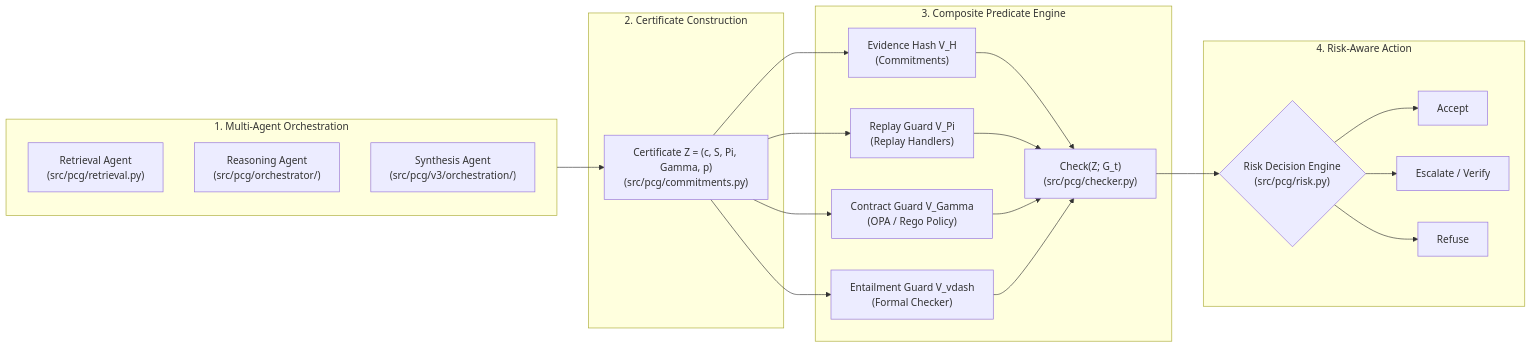
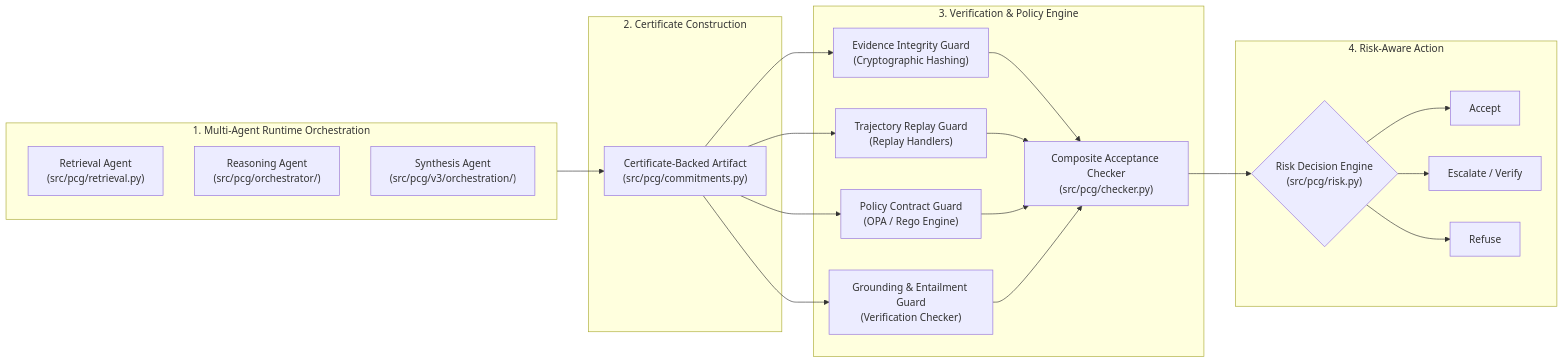
The diagram in README.md (supratik-sarkar/proof-carrying-multi-agents), drawn with Mermaid before and after one commit. The commit also changed other lines of this file, not shown here.

````diff
--- a/README.md
+++ b/README.md
@@ -43,34 +39,34 @@
 ```mermaid
 flowchart LR
-    subgraph Agents["1. Multi-Agent Orchestration"]
+    subgraph Agents["1. Multi-Agent Runtime Orchestration"]
         AG1["Retrieval Agent\n(src/pcg/retrieval.py)"]
         AG2["Reasoning Agent\n(src/pcg/orchestrator/)"]
         AG3["Synthesis Agent\n(src/pcg/v3/orchestration/)"]
     end
 
     subgraph Cert["2. Certificate Construction"]
-        Z["Certificate Z = (c, S, Pi, Gamma, p)\n(src/pcg/commitments.py)"]
+        Z["Certificate-Backed Artifact\n(src/pcg/commitments.py)"]
     end
 
-    subgraph Verification["3. Composite Predicate Engine"]
-        VH["Evidence Hash V_H\n(Commitments)"]
-        VPI["Replay Guard V_Pi\n(Replay Handlers)"]
-        VG["Contract Guard V_Gamma\n(OPA / Rego Policy)"]
-        VENT["Entailment Guard V_vdash\n(Formal Checker)"]
-        PRED["Check(Z; G_t)\n(src/pcg/checker.py)"]
+    subgraph Verification["3. Verification & Policy Engine"]
+        VH["Evidence Integrity Guard\n(Cryptographic Hashing)"]
+        VPI["Trajectory Replay Guard\n(Replay Handlers)"]
+        VG["Policy Contract Guard\n(OPA / Rego Engine)"]
+        VENT["Grounding & Entailment Guard\n(Verification Checker)"]
+        PRED["Composite Acceptance Checker\n(src/pcg/checker.py)"]
     end
 
     subgraph Control["4. Risk-Aware Action"]
         DEC{"Risk Decision Engine\n(src/pcg/risk.py)"}
         ACT["Accept"]
         ESC["Escalate / Verify"]
         REF["Refuse"]
     end
 
     Agents --> Z
     Z --> VH & VPI & VG & VENT --> PRED
     PRED --> DEC
     DEC --> ACT
     DEC --> ESC
     DEC --> REF
 ```
````
